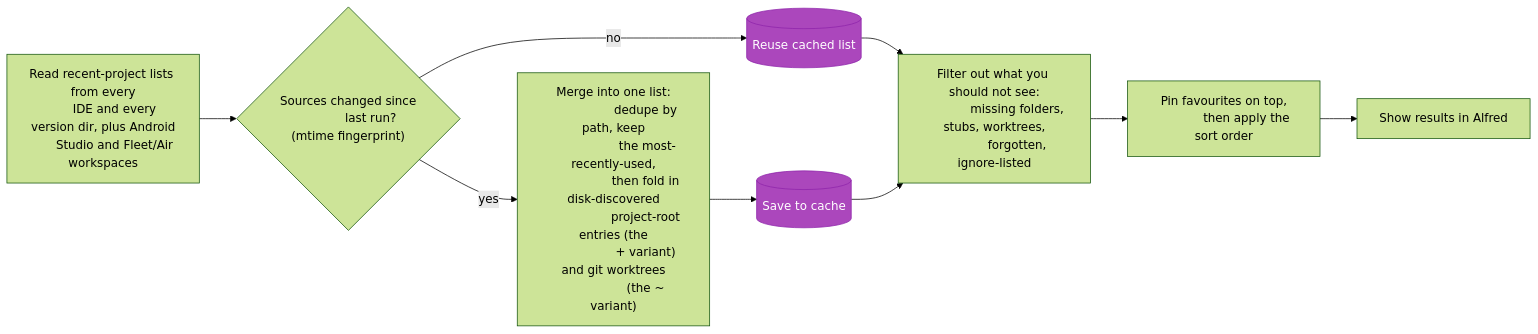
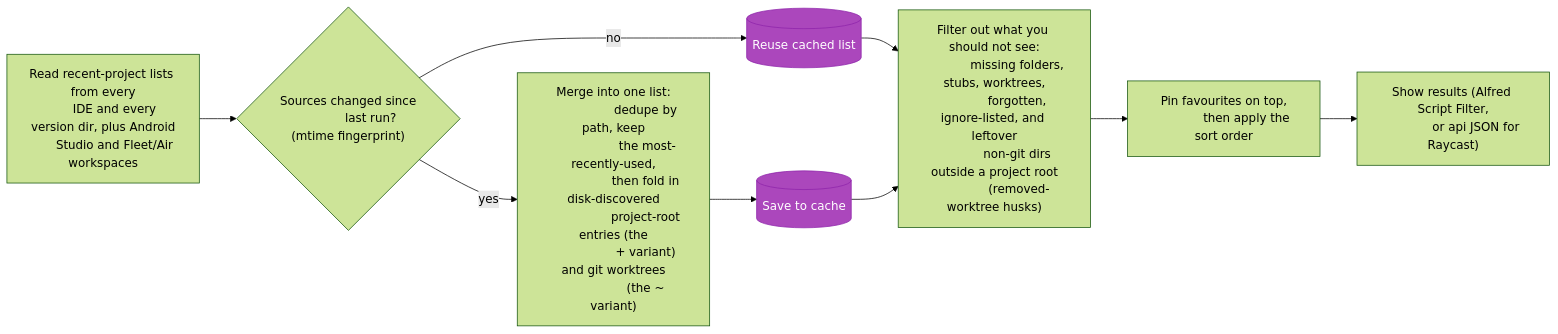
Before and after one commit to DavidSeptimus/alfred-jetbrains-launcher: the first of 4 diagrams in docs/ARCHITECTURE.md, drawn with Mermaid (forest theme). The commit also changed other lines of this file and 2 other files, not shown here.

First line of the commit message:
docs: document the Raycast frontend, api interface, and leftover-dir filtering

````diff
--- a/docs/ARCHITECTURE.md
+++ b/docs/ARCHITECTURE.md
@@ -19,26 +22,29 @@
 ```mermaid
 flowchart LR
     classDef cache fill:#AB47BC,stroke:#8E24AA,color:#fff
 
     A["Read recent-project lists from every
        IDE and every version dir, plus Android
        Studio and Fleet/Air workspaces"]
     A --> B{"Sources changed since
              last run? (mtime fingerprint)"}
     B -->|no| C[("Reuse cached list")]:::cache
     B -->|yes| D["Merge into one list:
                   dedupe by path, keep
                   the most-recently-used,
                   then fold in disk-discovered
                   project-root entries (the
                   + variant) and git worktrees
                   (the ~ variant)"]
     D --> E[("Save to cache")]:::cache
     C --> F["Filter out what you should not see:
              missing folders, stubs, worktrees,
-             forgotten, ignore-listed"]
+             forgotten, ignore-listed, and leftover
+             non-git dirs outside a project root
+             (removed-worktree husks)"]
     E --> F
     F --> G["Pin favourites on top,
              then apply the sort order"]
-    G --> H["Show results in Alfred"]
+    G --> H["Show results (Alfred Script Filter,
+             or api JSON for Raycast)"]
 ```
````
